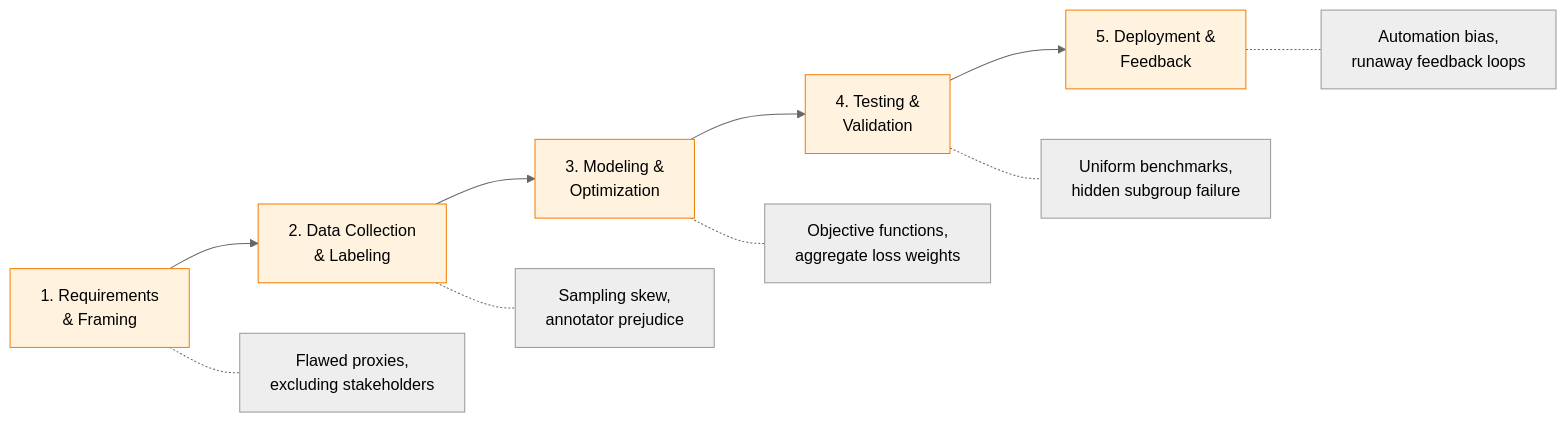
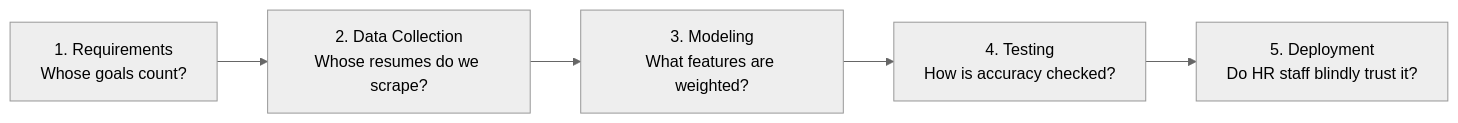
One commit to SMTEmon/2-2 changed the second of 6 diagrams in Engg. Ethics/Final/Lecture 9 - Types of Biases in Data-driven Technology.md. Above: the diagram before and after it, drawn with Mermaid (neutral theme). The commit also changed other lines of this file and 32 other files, not shown here.

````diff
--- a/Engg. Ethics/Final/Lecture 9 - Types of Biases in Data-driven Technology.md
+++ b/Engg. Ethics/Final/Lecture 9 - Types of Biases in Data-driven Technology.md
@@ -93,19 +44,7 @@
 ```mermaid
-flowchart LR
-    A["1. Requirements<br>& Framing"] --> B["2. Data Collection<br>& Labeling"]
-    B --> C["3. Modeling &<br>Optimization"]
-    C --> D["4. Testing &<br>Validation"]
-    D --> E["5. Deployment &<br>Feedback"]
-
-    A -.- A1["Flawed proxies,<br>excluding stakeholders"]
-    B -.- B1["Sampling skew,<br>annotator prejudice"]
-    C -.- C1["Objective functions,<br>aggregate loss weights"]
-    D -.- D1["Uniform benchmarks,<br>hidden subgroup failure"]
-    E -.- E1["Automation bias,<br>runaway feedback loops"]
-
-    style A fill:#fff3e0,stroke:#f57c00
-    style B fill:#fff3e0,stroke:#f57c00
-    style C fill:#fff3e0,stroke:#f57c00
-    style D fill:#fff3e0,stroke:#f57c00
-    style E fill:#fff3e0,stroke:#f57c00
+graph LR
+    A["1. Requirements<br>Whose goals count?"] --> B["2. Data Collection<br>Whose resumes do we scrape?"]
+    B --> C["3. Modeling<br>What features are weighted?"]
+    C --> D["4. Testing<br>How is accuracy checked?"]
+    D --> E["5. Deployment<br>Do HR staff blindly trust it?"]
 ```
````
